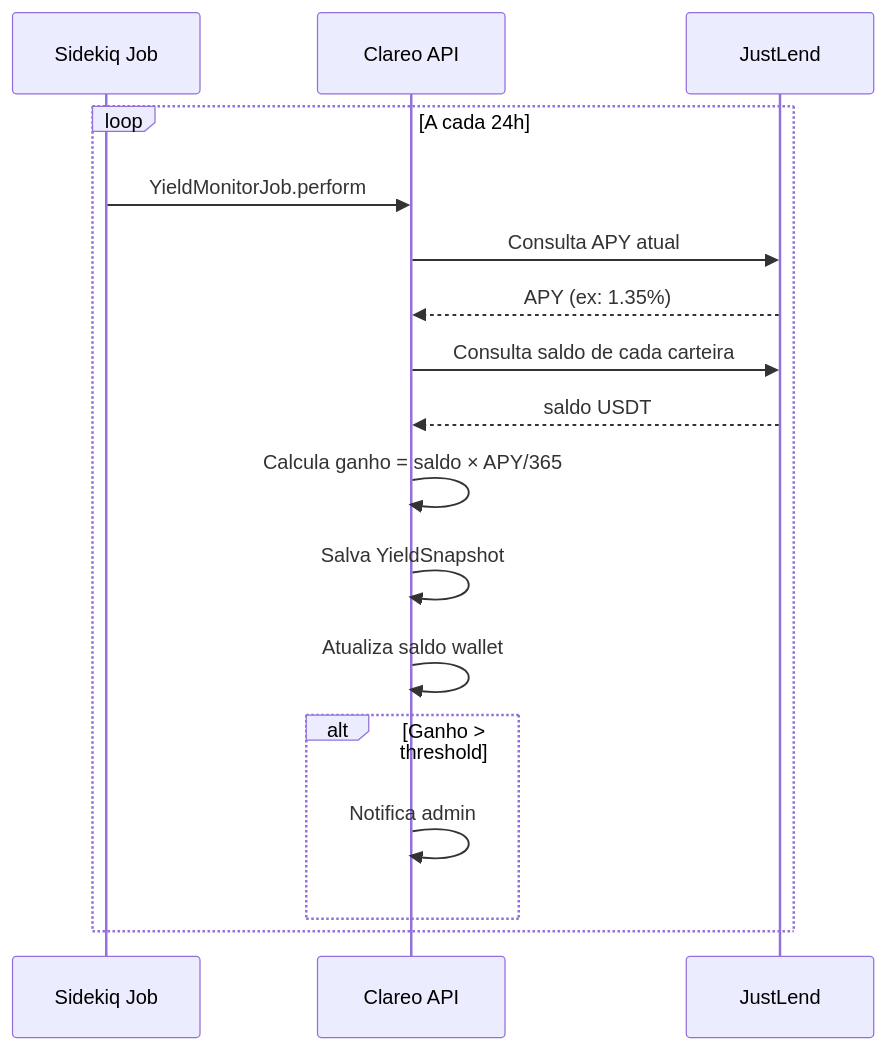
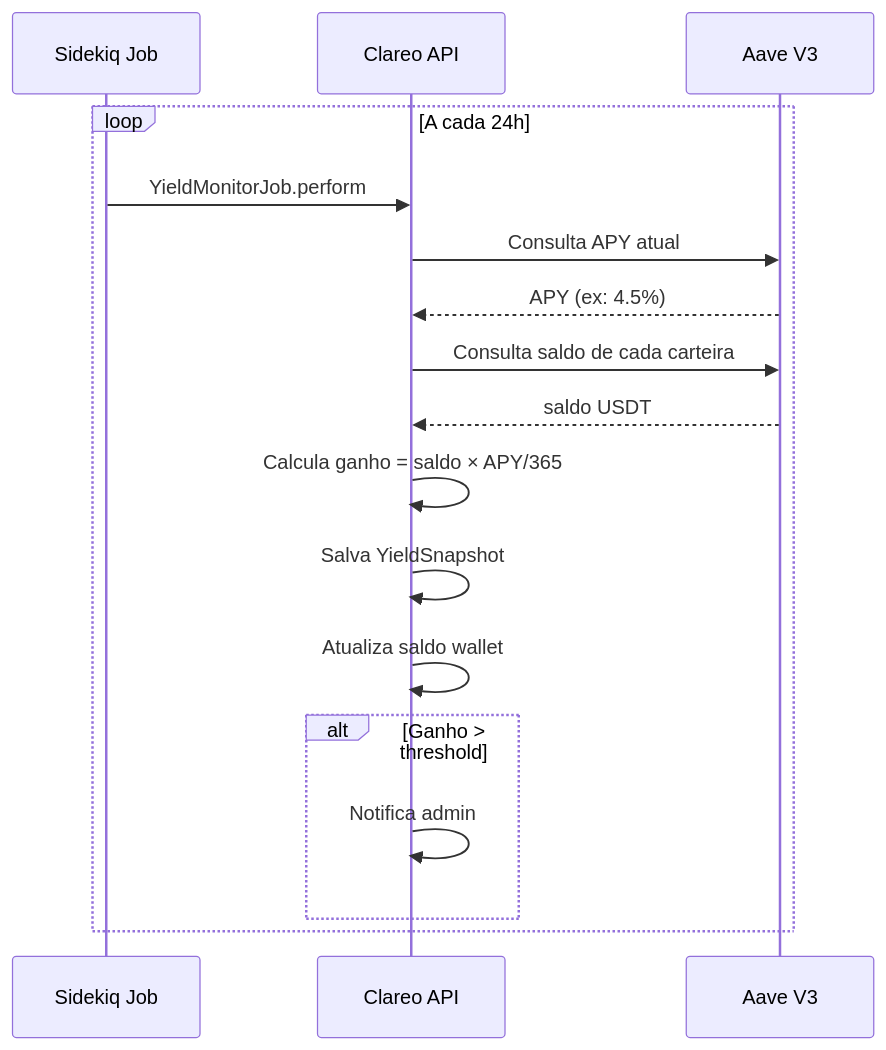
The fifth of 6 diagrams in doc/16-DIAGRAMAS.md (GabrielHR0/clareo-api), drawn with Mermaid before and after one commit. The commit also changed other lines of this file and 18 other files, not shown here.

````diff
--- a/doc/16-DIAGRAMAS.md
+++ b/doc/16-DIAGRAMAS.md
@@ -174,23 +178,23 @@
 ```mermaid
 sequenceDiagram
     participant S as Sidekiq Job
     participant A as Clareo API
-    participant J as JustLend
+    participant Av as Aave V3
 
     loop A cada 24h
         S->>A: YieldMonitorJob.perform
-        A->>J: Consulta APY atual
-        J-->>A: APY (ex: 1.35%)
+        A->>Av: Consulta APY atual
+        Av-->>A: APY (ex: 4.5%)
 
-        A->>J: Consulta saldo de cada carteira
-        J-->>A: saldo USDT
+        A->>Av: Consulta saldo de cada carteira
+        Av-->>A: saldo USDT
 
         A->>A: Calcula ganho = saldo × APY/365
         A->>A: Salva YieldSnapshot
         A->>A: Atualiza saldo wallet
 
         alt Ganho > threshold
             A->>A: Notifica admin
         end
     end
 ```
````
